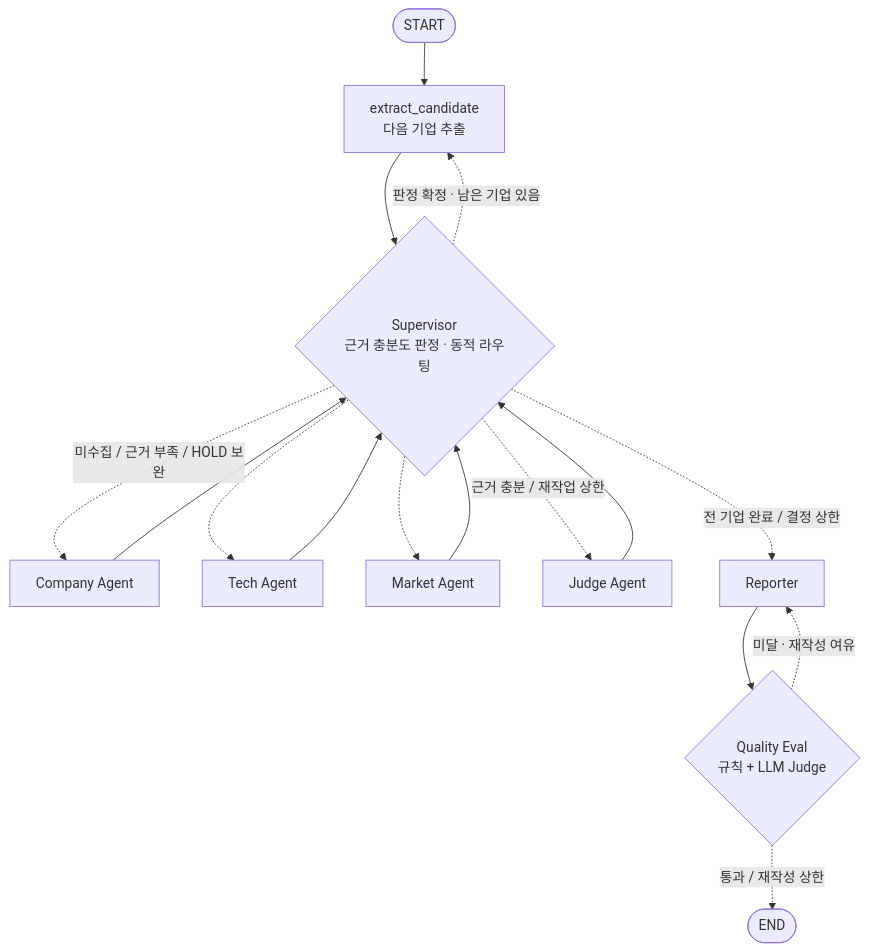
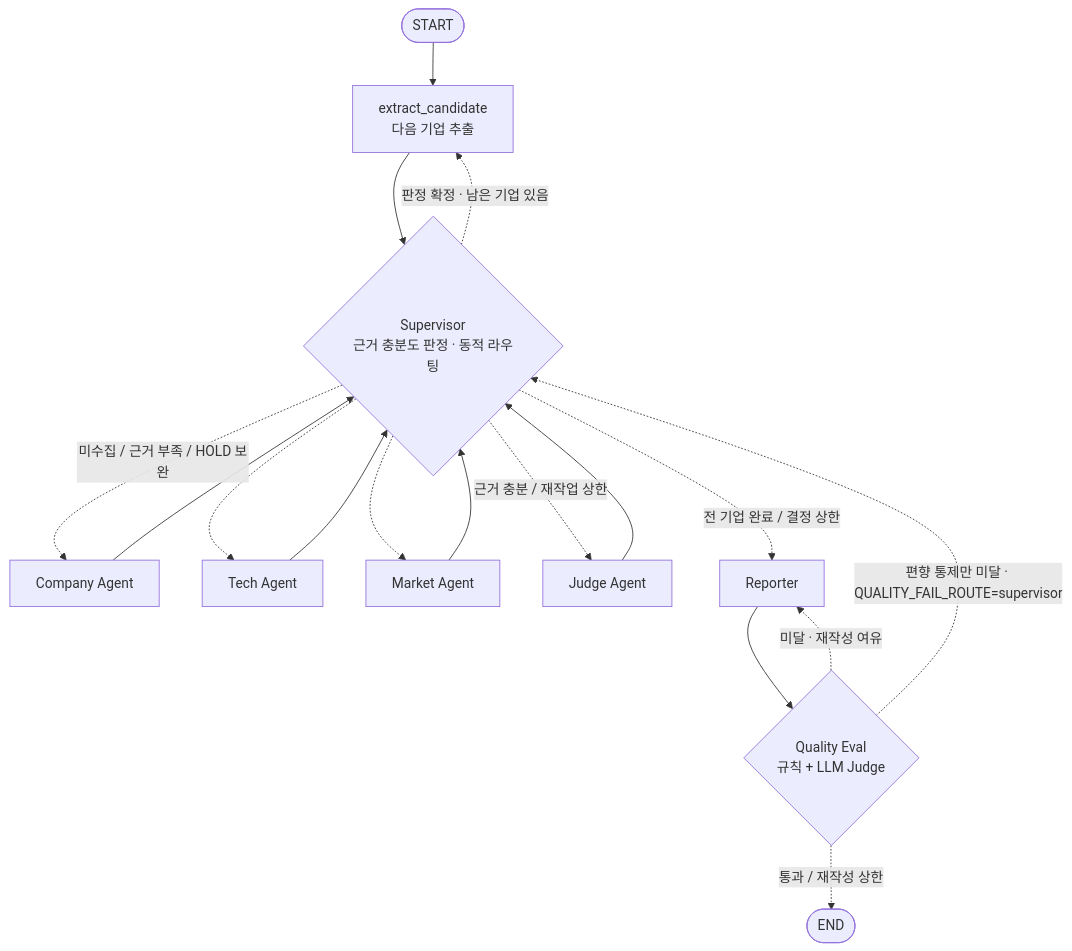
The diagram in README.md (black4758/ai-startup-investment-agent), drawn with Mermaid before and after one commit. The commit also changed other lines of this file, not shown here.

Commit message:
docs(readme): Judge 모델·동적 처리 설명 정정, 품질 평가 supervisor 경로 추가

````diff
--- a/README.md
+++ b/README.md
@@ -83,18 +84,19 @@
 ```mermaid
 graph TD
     START([START]) --> EX[extract_candidate<br/>다음 기업 추출]
     EX --> SUP{Supervisor<br/>근거 충분도 판정 · 동적 라우팅}
     SUP -.미수집 / 근거 부족 / HOLD 보완.-> C[Company Agent]
     SUP -.-> T[Tech Agent]
     SUP -.-> M[Market Agent]
     SUP -.근거 충분 / 재작업 상한.-> J[Judge Agent]
     C --> SUP
     T --> SUP
     M --> SUP
     J --> SUP
     SUP -.판정 확정 · 남은 기업 있음.-> EX
     SUP -.전 기업 완료 / 결정 상한.-> R[Reporter]
     R --> Q{Quality Eval<br/>규칙 + LLM Judge}
     Q -.미달 · 재작성 여유.-> R
     Q -.통과 / 재작성 상한.-> END([END])
+    Q -.편향 통제만 미달 · QUALITY_FAIL_ROUTE=supervisor.-> SUP
 ```
````
